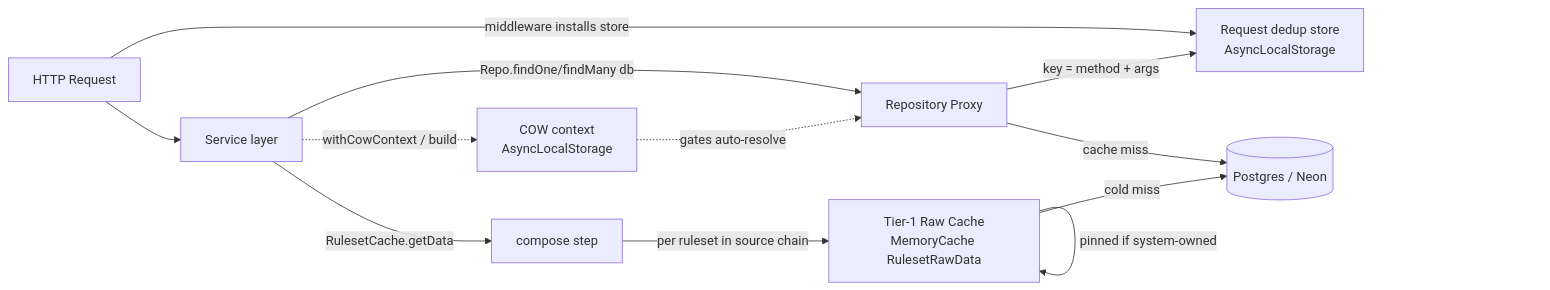
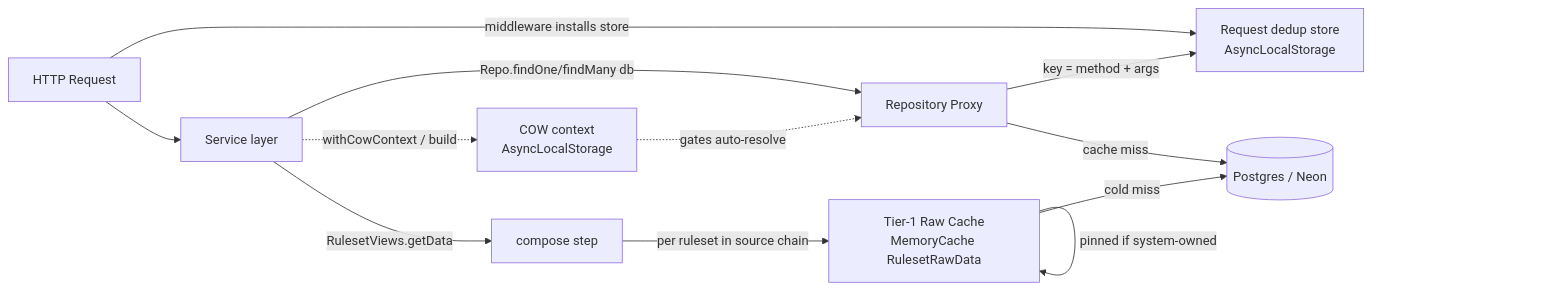
The first of 7 diagrams in docs/caching.md (PhilippeChab/arkyvree), drawn with Mermaid before and after one commit. The commit also changed other lines of this file and 103 other files, not shown here.

````diff
--- a/docs/caching.md
+++ b/docs/caching.md
@@ -45,14 +45,14 @@
 ```mermaid
 flowchart LR
     Req[HTTP Request] -->|middleware installs store| Store[Request dedup store<br/>AsyncLocalStorage]
     Req --> Svc[Service layer]
     Svc -->|Repo.findOne/findMany db| Proxy[Repository Proxy]
     Proxy -->|key = method + args| Store
     Proxy -->|cache miss| PG[(Postgres / Neon)]
-    Svc -->|RulesetCache.getData| Compose[compose step]
+    Svc -->|RulesetViews.getData| Compose[compose step]
     Compose -->|per ruleset in source chain| Raw[Tier-1 Raw Cache<br/>MemoryCache RulesetRawData]
     Raw -->|pinned if system-owned| Raw
     Raw -->|cold miss| PG
     Svc -.->|withCowContext / build| CowCtx[COW context<br/>AsyncLocalStorage]
     CowCtx -.->|gates auto-resolve| Proxy
 ```
````
